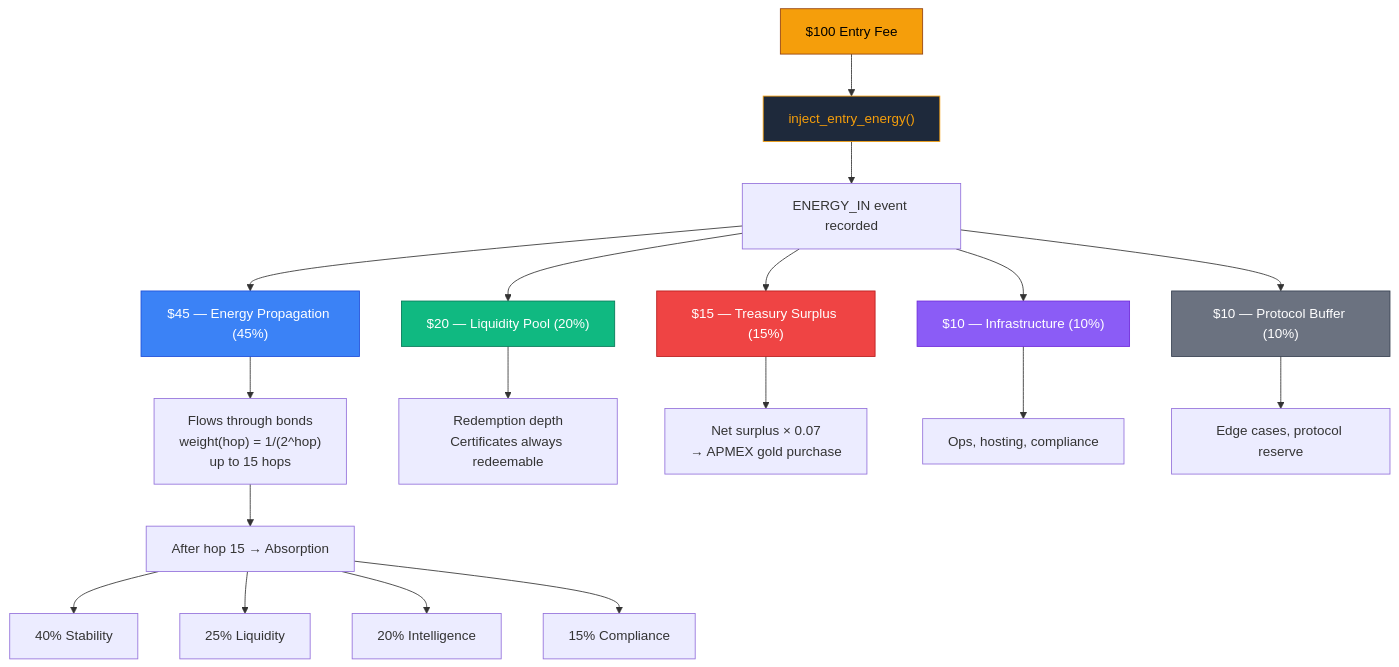
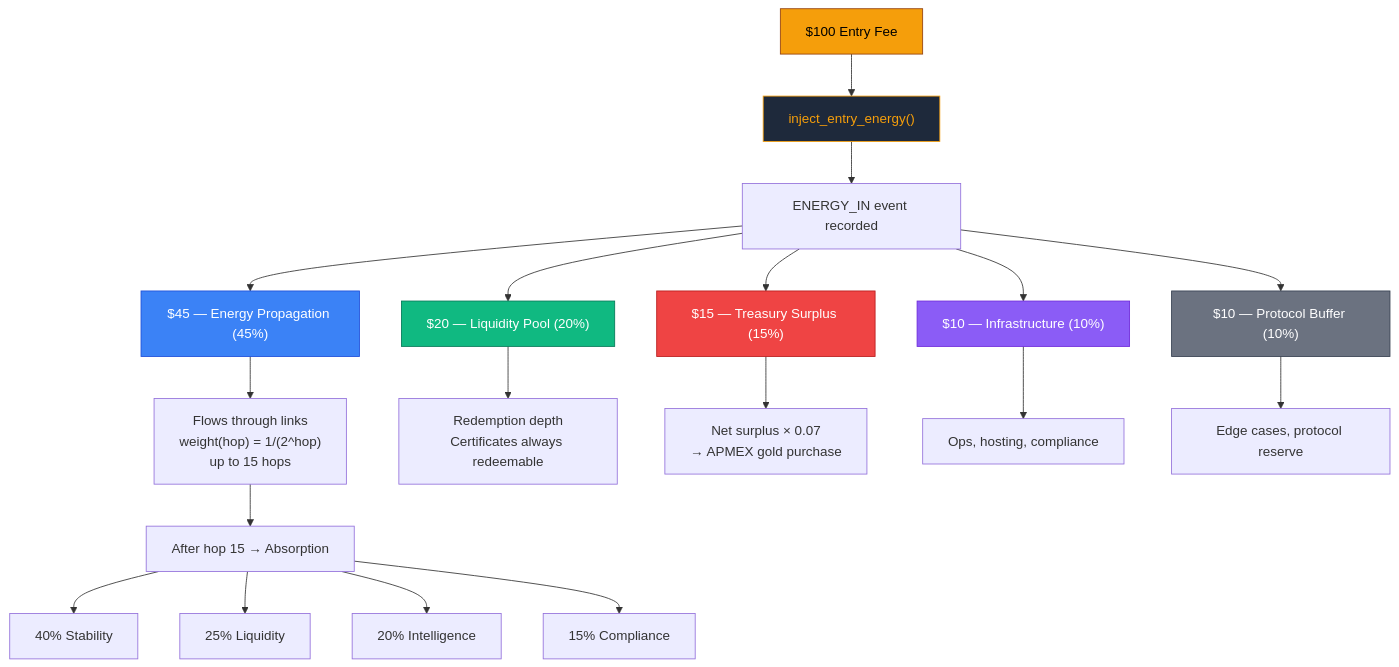
Before and after one commit to FTHTrading/Helios: the second of 13 diagrams in README.md, drawn with Mermaid. The commit also changed other lines of this file and 26 other files, not shown here.

````diff
--- a/README.md
+++ b/README.md
@@ -274,29 +274,29 @@
 ```mermaid
 flowchart TD
     A["$100 Entry Fee"] --> B["inject_entry_energy()"]
     B --> C["ENERGY_IN event recorded"]
     C --> D["$45 — Energy Propagation (45%)"]
     C --> E["$20 — Liquidity Pool (20%)"]
     C --> F["$15 — Treasury Surplus (15%)"]
     C --> G["$10 — Infrastructure (10%)"]
     C --> H["$10 — Protocol Buffer (10%)"]
-    D --> I["Flows through bonds\nweight(hop) = 1/(2^hop)\nup to 15 hops"]
+    D --> I["Flows through links\nweight(hop) = 1/(2^hop)\nup to 15 hops"]
     E --> J["Redemption depth\nCertificates always redeemable"]
     F --> K["Net surplus × 0.07\n→ APMEX gold purchase"]
     G --> L["Ops, hosting, compliance"]
     H --> M["Edge cases, protocol reserve"]
 
     I --> N["After hop 15 → Absorption"]
     N --> O["40% Stability"]
     N --> P["25% Liquidity"]
     N --> Q["20% Intelligence"]
     N --> R["15% Compliance"]
 
     style A fill:#f59e0b,stroke:#92400e,color:#000
     style B fill:#1e293b,stroke:#f59e0b,color:#f59e0b
     style D fill:#3b82f6,stroke:#1d4ed8,color:#fff
     style E fill:#10b981,stroke:#047857,color:#fff
     style F fill:#ef4444,stroke:#b91c1c,color:#fff
     style G fill:#8b5cf6,stroke:#6d28d9,color:#fff
     style H fill:#6b7280,stroke:#374151,color:#fff
 ```
````
